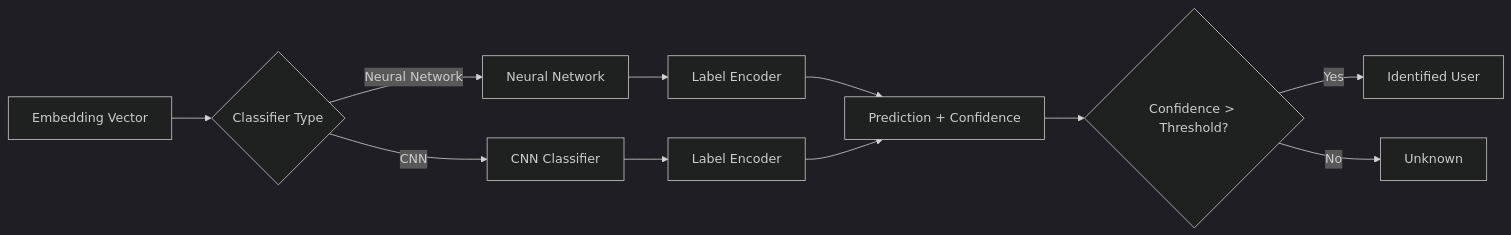
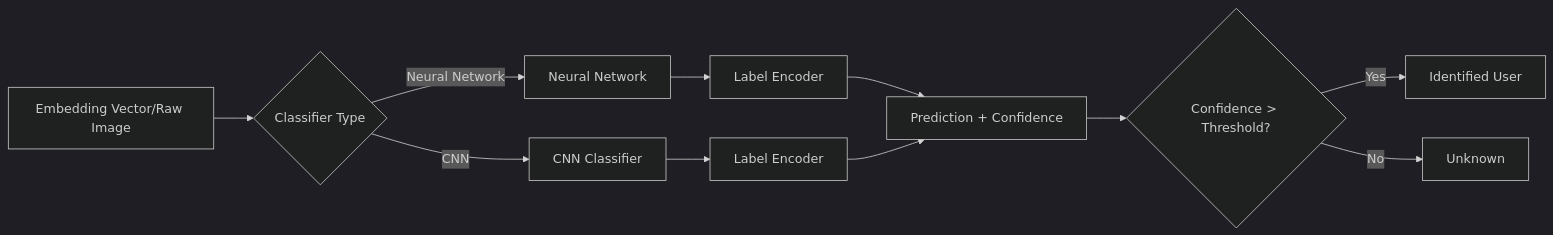
One commit to Leninner/ai-project changed the third of 3 diagrams in README.md. Above: the diagram before and after it, drawn with Mermaid (dark theme). The commit also changed other lines of this file and 4 other files, not shown here.

Commit message:
feat: Add system architecture and CNN activation visualization documentation, refactor CNN classifier README, and update cnn_classifier.py.

````diff
--- a/README.md
+++ b/README.md
@@ -80,13 +80,13 @@
 ```mermaid
 graph LR
-    A[Embedding Vector] --> B{Classifier Type}
+    A[Embedding Vector/Raw Image] --> B{Classifier Type}
     B -->|Neural Network| C[Neural Network]
     B -->|CNN| D[CNN Classifier]
     C --> E[Label Encoder]
     D --> F[Label Encoder]
     E --> G[Prediction + Confidence]
     F --> G
     G --> H{Confidence > Threshold?}
     H -->|Yes| I[Identified User]
     H -->|No| J[Unknown]
 ```
````
